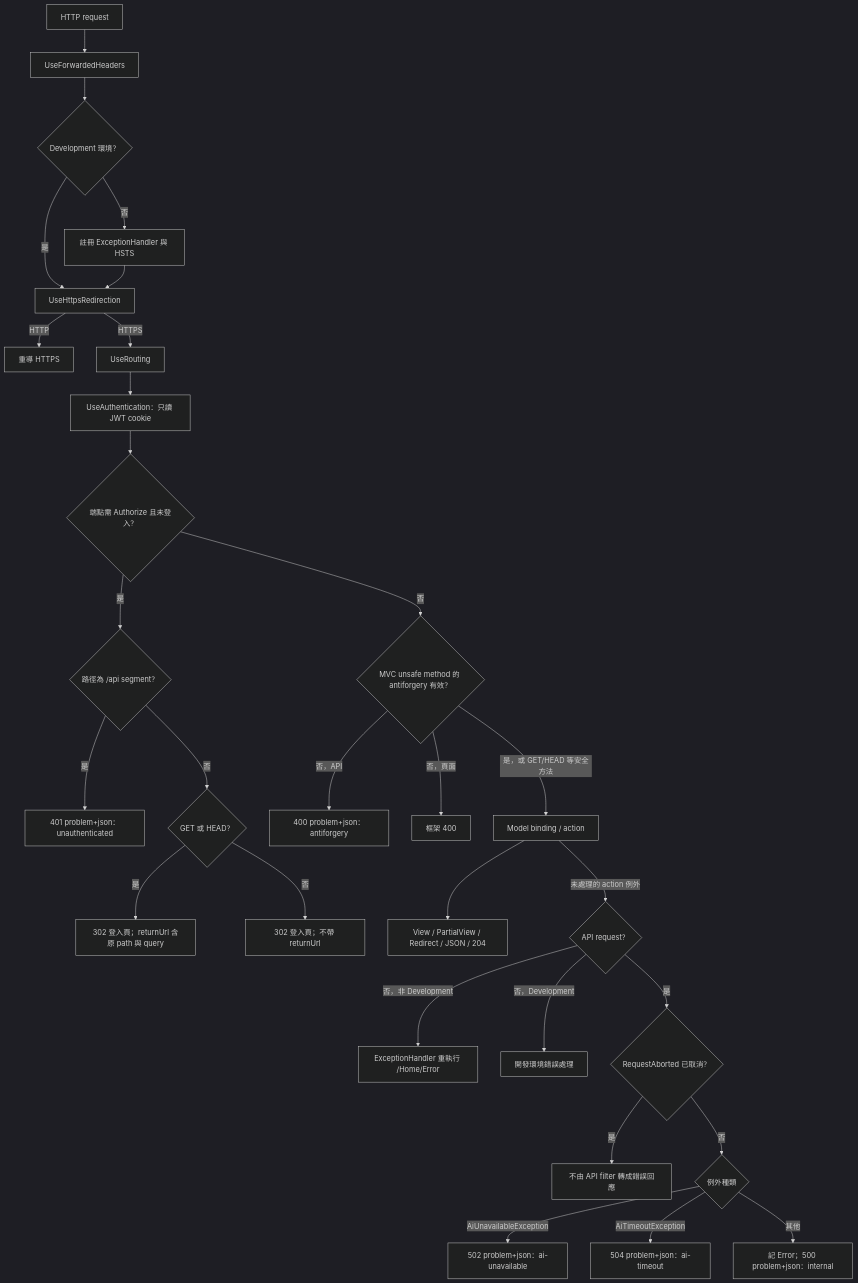
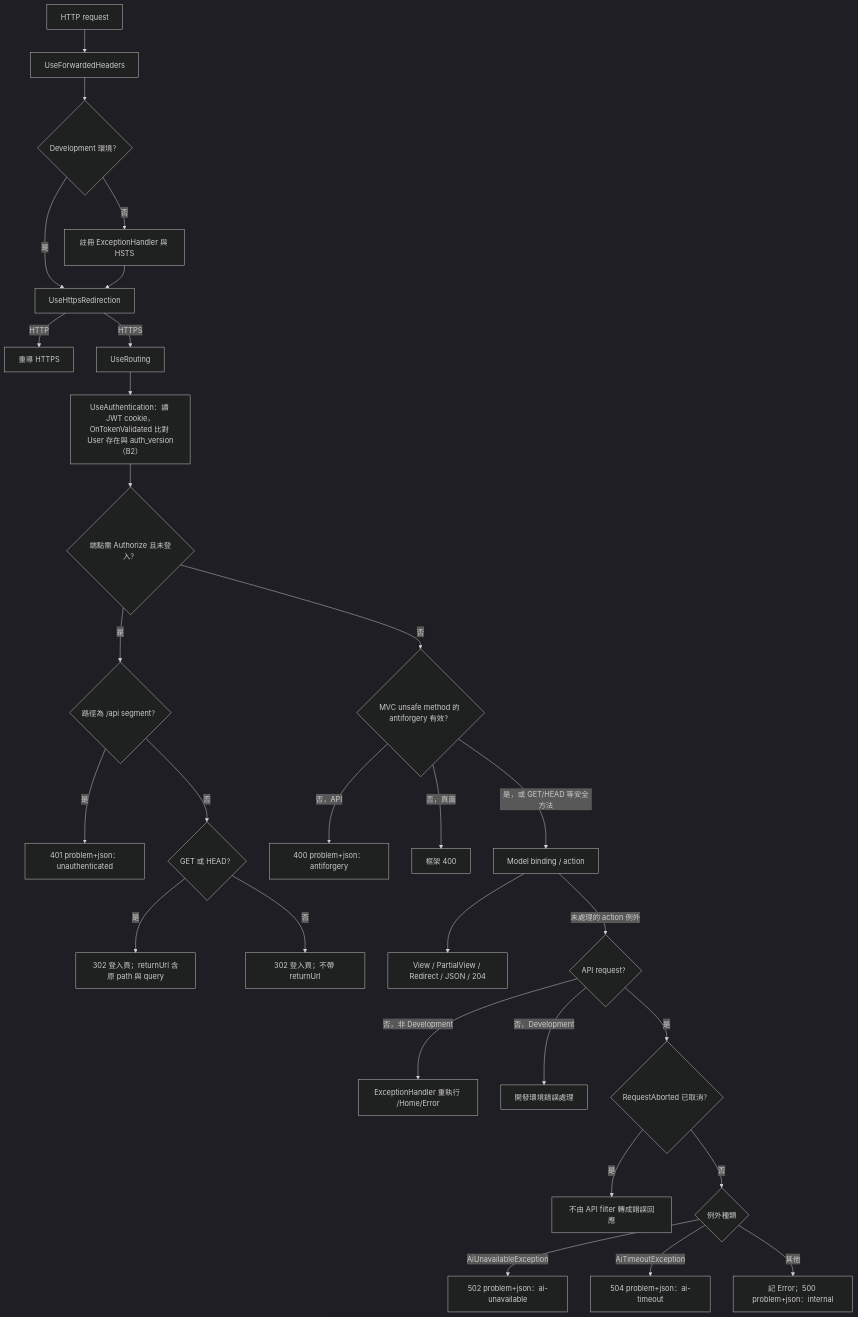
One commit to Arthur801/Book-Finder changed the first of 10 diagrams in Controllers/docs/workflow-diagram.md. Above: the diagram before and after it, drawn with Mermaid (dark theme). The commit also changed 7 other files, not shown here.

Commit message:
docs(identity): record B2 cookie auth_version check in module docs

````diff
--- a/Controllers/docs/workflow-diagram.md
+++ b/Controllers/docs/workflow-diagram.md
@@ -14,31 +14,31 @@
 ```mermaid
 flowchart TD
     R[HTTP request] --> F[UseForwardedHeaders]
     F --> E{Development 環境？}
     E -->|否| EH[註冊 ExceptionHandler 與 HSTS]
     E -->|是| H[UseHttpsRedirection]
     EH --> H
     H -->|HTTP| HTTPS[重導 HTTPS]
     H -->|HTTPS| ROUTE[UseRouting]
-    ROUTE --> AUTH[UseAuthentication：只讀 JWT cookie]
+    ROUTE --> AUTH[UseAuthentication：讀 JWT cookie，OnTokenValidated 比對 User 存在與 auth_version（B2）]
     AUTH --> AZ{端點需 Authorize 且未登入？}
     AZ -->|是| KIND{路徑為 /api segment？}
     KIND -->|是| UNAUTH[401 problem+json：unauthenticated]
     KIND -->|否| METHOD{GET 或 HEAD？}
     METHOD -->|是| LOGIN[302 登入頁；returnUrl 含原 path 與 query]
     METHOD -->|否| LOGIN2[302 登入頁；不帶 returnUrl]
     AZ -->|否| CSRF{MVC unsafe method 的 antiforgery 有效？}
     CSRF -->|否，API| A400[400 problem+json：antiforgery]
     CSRF -->|否，頁面| P400[框架 400]
     CSRF -->|是，或 GET/HEAD 等安全方法| BIND[Model binding / action]
     BIND --> OK[View / PartialView / Redirect / JSON / 204]
     BIND -->|未處理的 action 例外| EX{API request？}
     EX -->|否，非 Development| PAGEERR[ExceptionHandler 重執行 /Home/Error]
     EX -->|否，Development| DEVERR[開發環境錯誤處理]
     EX -->|是| CANCEL{RequestAborted 已取消？}
     CANCEL -->|是| PROP[不由 API filter 轉成錯誤回應]
     CANCEL -->|否| TYPE{例外種類}
     TYPE -->|AiUnavailableException| E502[502 problem+json：ai-unavailable]
     TYPE -->|AiTimeoutException| E504[504 problem+json：ai-timeout]
     TYPE -->|其他| E500[記 Error；500 problem+json：internal]
 ```
````
